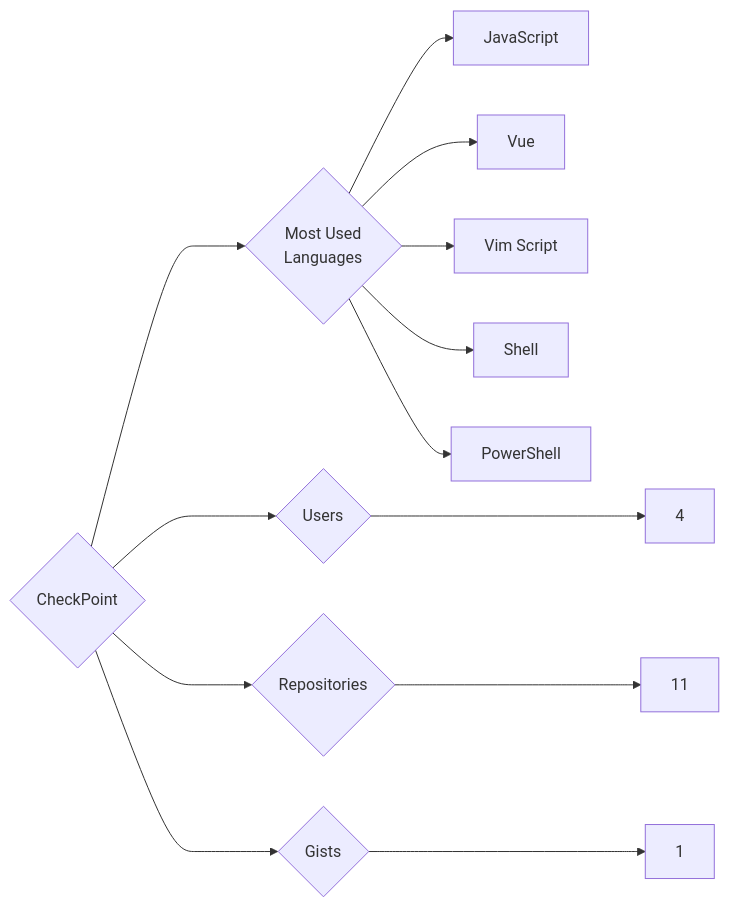
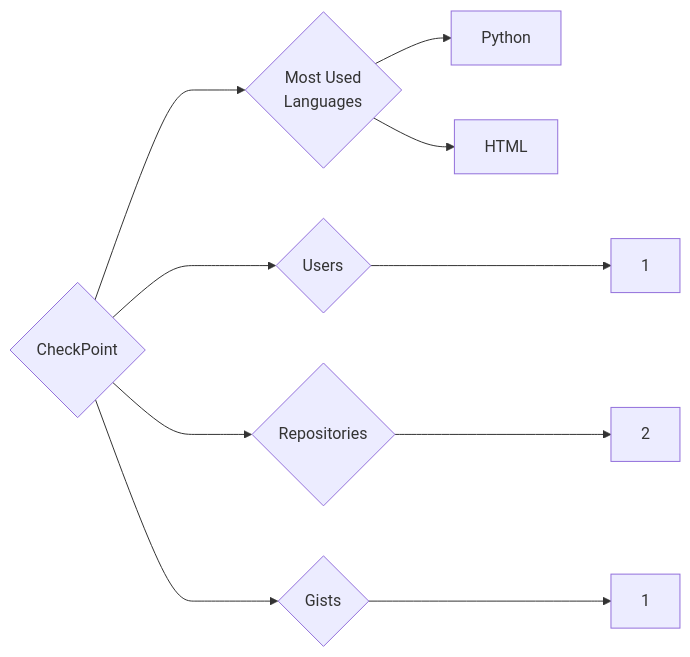
Before and after one commit to trickest/insiders: the diagram in targets/CheckPoint/README.md, drawn with Mermaid. The commit also changed 1036 other files, not shown here.

````diff
--- a/targets/CheckPoint/README.md
+++ b/targets/CheckPoint/README.md
@@ -3,13 +3,10 @@
 ```mermaid
 graph LR
 COMPANY_NAME{CheckPoint}
-COMPANY_NAME ---> U{Users} ---> UN[4]
-COMPANY_NAME ---> R{Repositories} ---> RN[11]
+COMPANY_NAME ---> U{Users} ---> UN[1]
+COMPANY_NAME ---> R{Repositories} ---> RN[2]
 COMPANY_NAME ---> G{Gists} ---> GN[1]
 COMPANY_NAME ---> ML{Most Used<br>Languages}
-ML --> JavaScript[JavaScript]
-ML --> Vue[Vue]
-ML --> Vim_Script[Vim Script]
-ML --> Shell[Shell]
-ML --> PowerShell[PowerShell]
+ML --> Python[Python]
+ML --> HTML[HTML]
 ```
````
